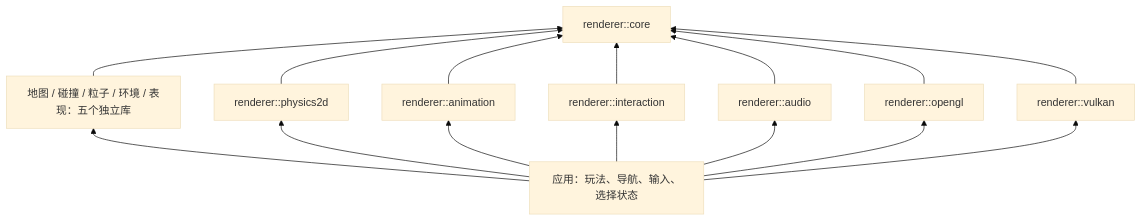
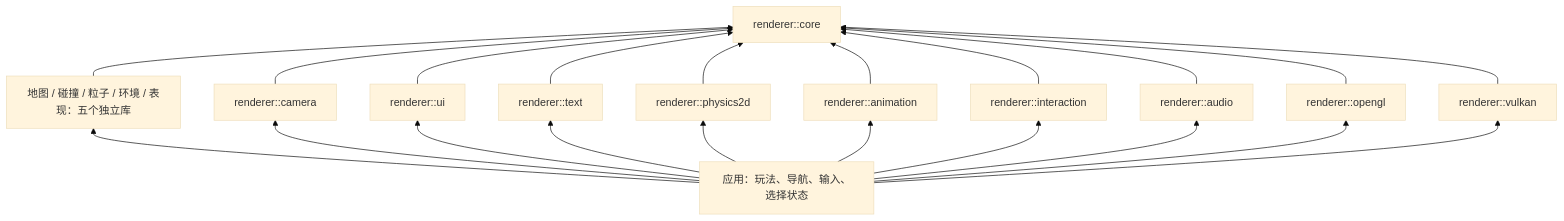
One commit to LiuTag/renderer changed the diagram in docs/MODULES.md. Above: the diagram before and after it, drawn with Mermaid (base theme). The commit also changed other lines of this file and 149 other files, not shown here.

````diff
--- a/docs/MODULES.md
+++ b/docs/MODULES.md
@@ -24,26 +27,35 @@
 ```mermaid
 flowchart BT
     application[应用：玩法、导航、输入、选择状态]
     animation[renderer::animation]
     interaction[renderer::interaction]
     audio[renderer::audio]
     physics[renderer::physics2d]
+    camera[renderer::camera]
+    ui[renderer::ui]
+    text[renderer::text]
     opengl[renderer::opengl]
     vulkan[renderer::vulkan]
     core[renderer::core]
     world[地图 / 碰撞 / 粒子 / 环境 / 表现：五个独立库]
     application --> world
     world --> core
     application --> animation
     application --> interaction
     application --> audio
     application --> physics
+    application --> camera
+    camera --> core
+    application --> ui
+    ui --> core
+    application --> text
+    text --> core
     physics --> core
     application --> opengl
     application --> vulkan
     animation --> core
     interaction --> core
     audio --> core
     opengl --> core
     vulkan --> core
 ```
````
